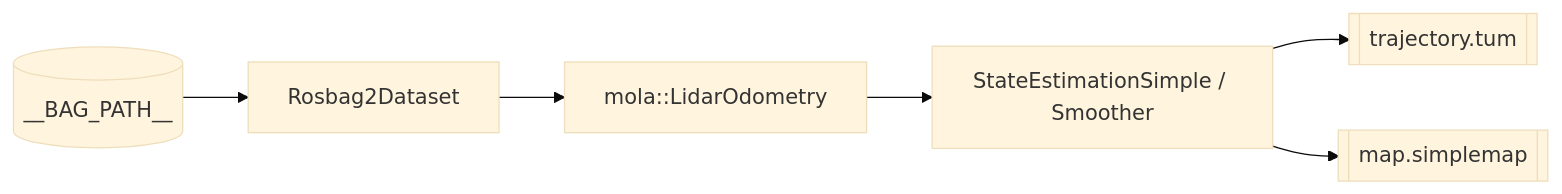
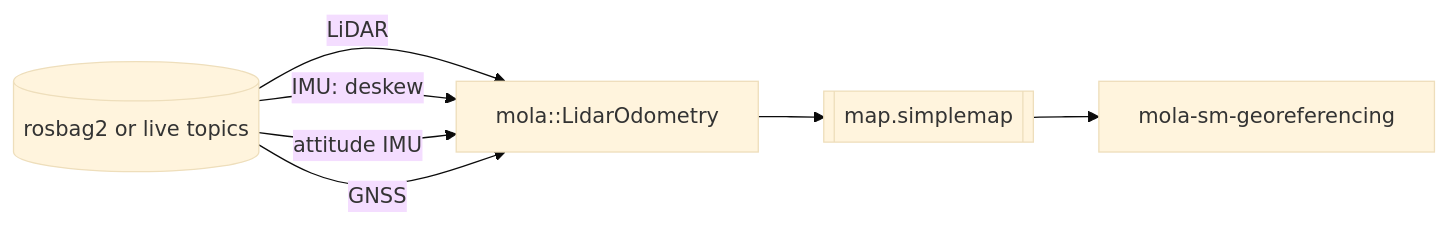
Before and after one commit to ros2-gbp/mola-release: diagram 11 of 11 in docs/source/mola_ros2_configurations.rst, drawn with Mermaid (base theme). The commit also changed other lines of this file and 119 other files, not shown here.

```diff
--- a/docs/source/mola_ros2_configurations.rst
+++ b/docs/source/mola_ros2_configurations.rst
@@ -692,8 +767,9 @@
 .. mermaid::
 
    flowchart LR
-     bag[(__BAG_PATH__)] --> ds[Rosbag2Dataset]
-     ds --> lo[mola::LidarOdometry]
-     lo --> se[StateEstimationSimple / Smoother]
-     se --> trj[[trajectory.tum]]
-     se --> sm[[map.simplemap]]
+     src[(rosbag2 or live topics)] -->|LiDAR| lo[mola::LidarOdometry]
+     src -->|IMU: deskew| lo
+     src -->|attitude IMU| lo
+     src -->|GNSS| lo
+     lo --> sm[[map.simplemap]]
+     sm --> geo[mola-sm-georeferencing]
```
